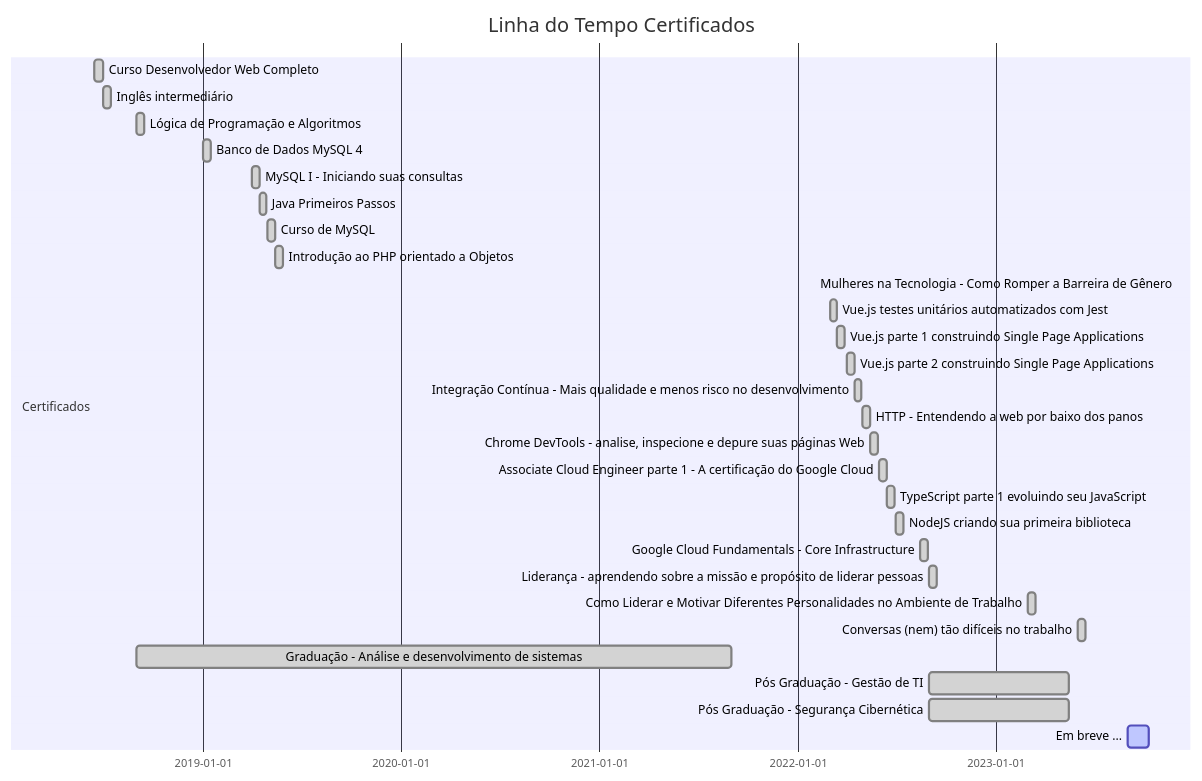
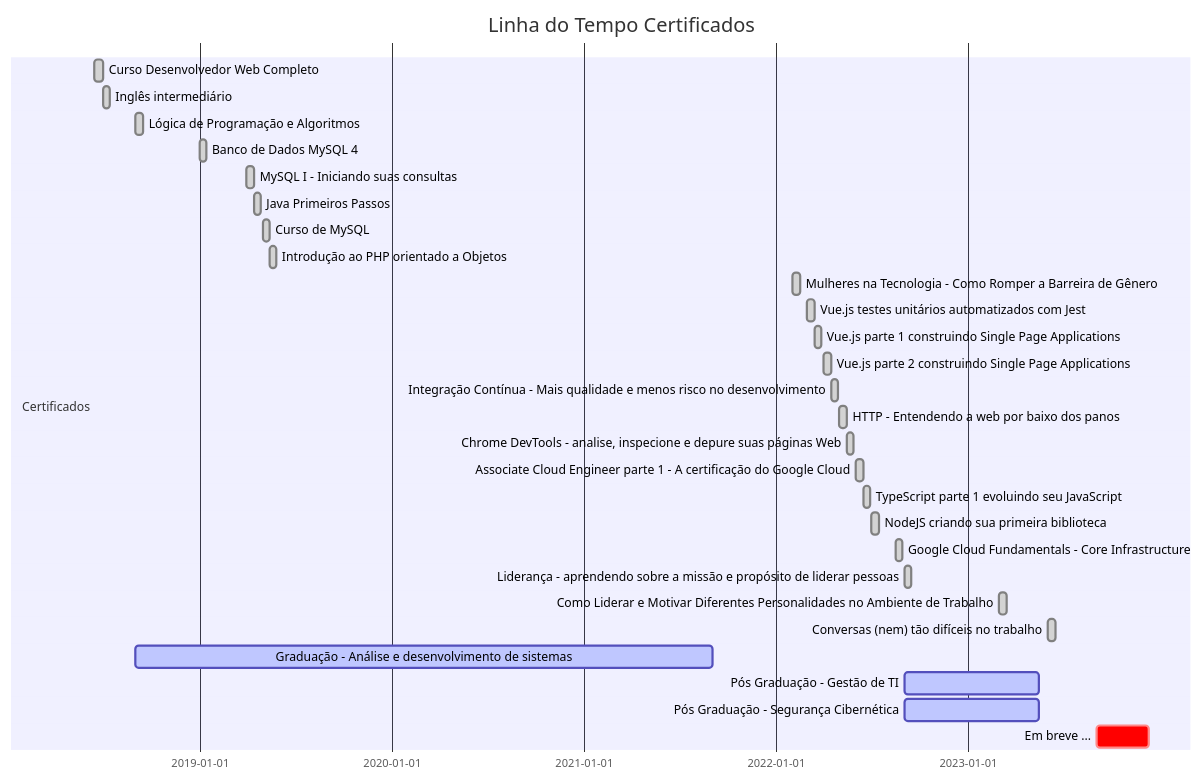
Before and after one commit to StefanyRepetcki/Certificates: the diagram in README.md, drawn with Mermaid.

````diff
--- a/README.md
+++ b/README.md
@@ -29,34 +29,35 @@
 ```mermaid
+
 gantt
     title Linha do Tempo Certificados
     dateFormat  YYYY-MM-DD
     axisFormat  %Y-%m-%d
     
     section Certificados    
     Curso Desenvolvedor Web Completo :done,    des1, 2018-06-15, 2018-07-01
     Inglês intermediário :done,    des2, 2018-07-01, 2018-07-15
     Lógica de Programação e Algoritmos :done,    des3, 2018-09-01, 2018-09-15
     Banco de Dados MySQL 4 :done,  des4, 2019-01-01, 2019-01-15
     MySQL I - Iniciando suas consultas :done,         des5, 2019-04-01, 2019-04-15
     Java Primeiros Passos :done,       des6, 2019-04-15, 2019-04-28
     Curso de MySQL :done, des7, 2019-05-01, 2019-05-15
     Introdução ao PHP orientado a Objetos  :done, des8, 2019-05-15, 2019-05-28
-    Mulheres na Tecnologia - Como Romper a Barreira de Gênero :done, des9, 2022-02-01, 2022-02-01
+    Mulheres na Tecnologia - Como Romper a Barreira de Gênero :done, des9, 2022-02-01, 2022-02-15
     Vue.js testes unitários automatizados com Jest :done, des10, 2022-03-01, 2022-03-15
     Vue.js parte 1 construindo Single Page Applications :done, des11, 2022-03-15, 2022-03-28
     Vue.js parte 2 construindo Single Page Applications :done, des12, 2022-04-01, 2022-04-15
     Integração Contínua - Mais qualidade e menos risco no desenvolvimento :done, des13, 2022-04-15, 2022-04-28
     HTTP - Entendendo a web por baixo dos panos :done, des14, 2022-05-01, 2022-05-15
     Chrome DevTools - analise, inspecione e depure suas páginas Web :done, des15, 2022-05-15, 2022-05-28
     Associate Cloud Engineer parte 1 - A certificação do Google Cloud :done, des16, 2022-06-01, 2022-06-15
     TypeScript parte 1 evoluindo seu JavaScript :done, des17, 2022-06-15, 2022-06-28
     NodeJS criando sua primeira biblioteca :done, des18, 2022-07-01, 2022-07-15
     Google Cloud Fundamentals - Core Infrastructure :done, des19, 2022-08-15, 2022-08-28
     Liderança - aprendendo sobre a missão e propósito de liderar pessoas :done, des20, 2022-09-01, 2022-09-15
     Como Liderar e Motivar Diferentes Personalidades no Ambiente de Trabalho :done, des21, 2023-03-01, 2023-03-15
     Conversas (nem) tão difíceis no trabalho :done, des22, 2023-06-01, 2023-06-15
-    Graduação - Análise e desenvolvimento de sistemas :done, des23, 2018-09-01, 2021-09-01
-    Pós Graduação - Gestão de TI :done, des24, 2022-09-01, 2023-05-15
-    Pós Graduação - Segurança Cibernética :done, des25, 2022-09-01, 2023-05-15
-    Em breve ... :active,  des26, 2023-09-01, 2023-10-10
+    Graduação - Análise e desenvolvimento de sistemas :active, des23, 2018-09-01, 2021-09-01
+    Pós Graduação - Gestão de TI :active, des24, 2022-09-01, 2023-05-15
+    Pós Graduação - Segurança Cibernética :active, des25, 2022-09-01, 2023-05-15
+    Em breve ... :crit,  des26, 2023-09-01, 2023-12-10
 ```
````
